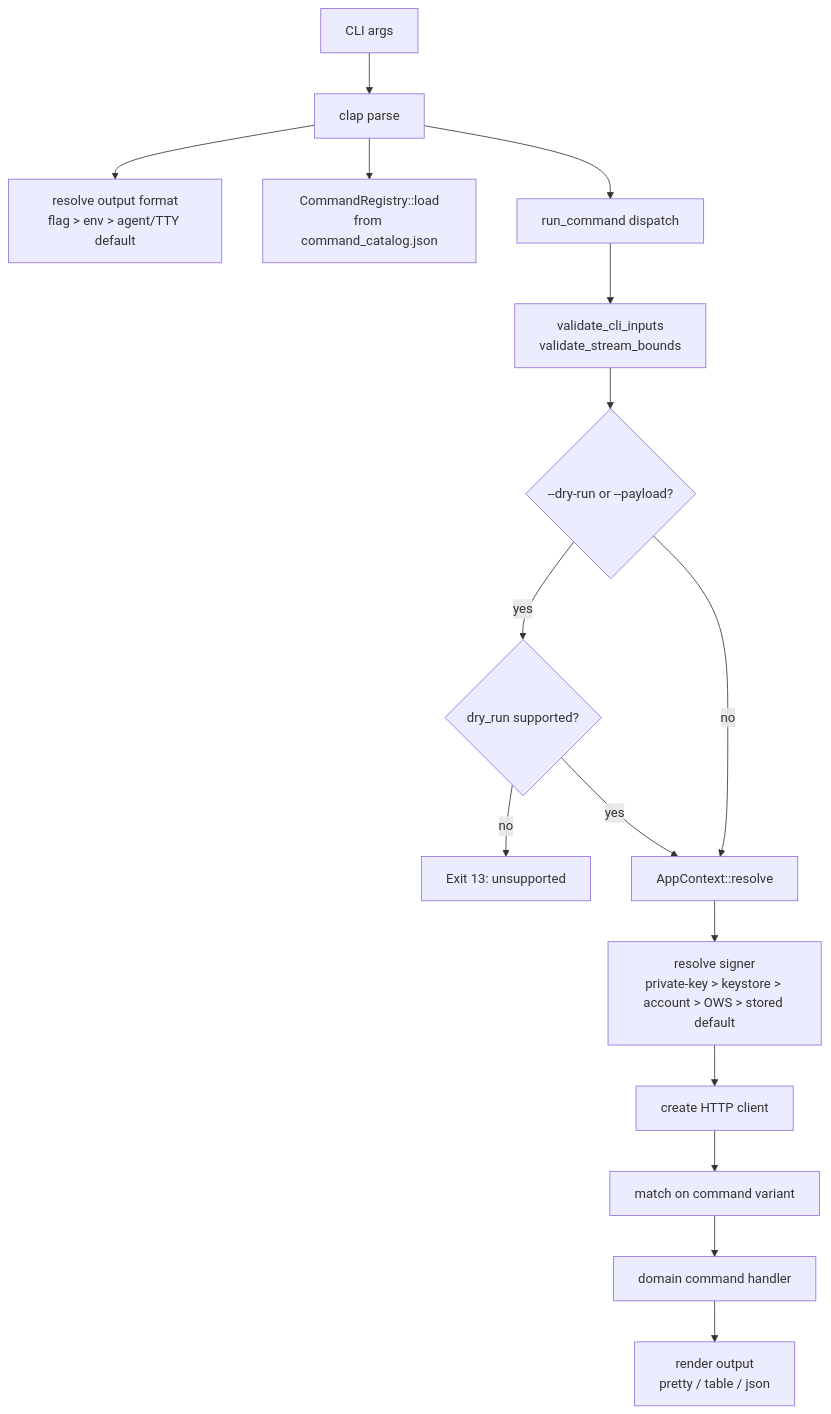
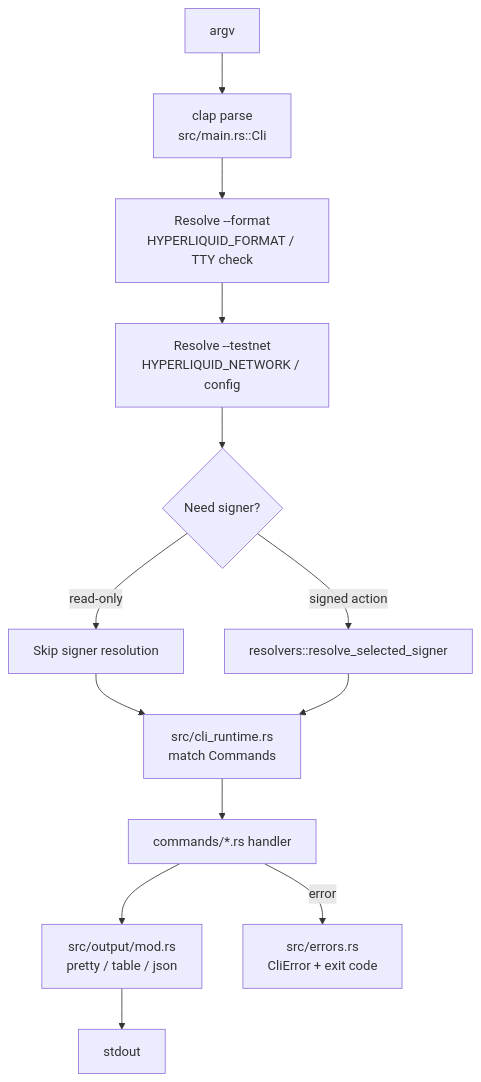
Before and after one commit to hypurrclaw/hyperliquid-cli: the diagram in droid-wiki/applications/cli.md, drawn with Mermaid. The commit also changed other lines of this file and 61 other files, not shown here.

````diff
--- a/droid-wiki/applications/cli.md
+++ b/droid-wiki/applications/cli.md
@@ -36,20 +7,15 @@
 ```mermaid
 graph TD
-    Args[CLI args] --> Clap[clap parse]
-    Clap --> Format[resolve output format<br/>flag > env > agent/TTY default]
-    Clap --> Registry[CommandRegistry::load<br/>from command_catalog.json]
-    Clap --> Route[run_command dispatch]
-
-    Route --> Validate[validate_cli_inputs<br/>validate_stream_bounds]
-    Validate --> DryRun{--dry-run or --payload?}
-    DryRun -->|yes| CheckPolicy{dry_run supported?}
-    CheckPolicy -->|no| Err[Exit 13: unsupported]
-    CheckPolicy -->|yes| Resolve[AppContext::resolve]
-
-    DryRun -->|no| Resolve
-    Resolve --> Signer[resolve signer<br/>private-key > keystore > account > OWS > stored default]
-    Signer --> Http[create HTTP client]
-    Http --> Dispatch[match on command variant]
-    Dispatch --> Handler[domain command handler]
-    Handler --> Output[render output<br/>pretty / table / json]
+    Argv[argv] --> Clap[clap parse<br/>src/main.rs::Cli]
+    Clap --> Format[Resolve --format<br/>HYPERLIQUID_FORMAT / TTY check]
+    Format --> Network[Resolve --testnet<br/>HYPERLIQUID_NETWORK / config]
+    Network --> Signer{Need signer?}
+    Signer -->|read-only| Skip[Skip signer resolution]
+    Signer -->|signed action| Resolve[resolvers::resolve_selected_signer]
+    Skip --> Dispatch
+    Resolve --> Dispatch[src/cli_runtime.rs<br/>match Commands]
+    Dispatch --> Handler[commands/*.rs handler]
+    Handler --> Output[src/output/mod.rs<br/>pretty / table / json]
+    Output --> Stdout[stdout]
+    Handler -->|error| ErrPath[src/errors.rs<br/>CliError + exit code]
 ```
````
